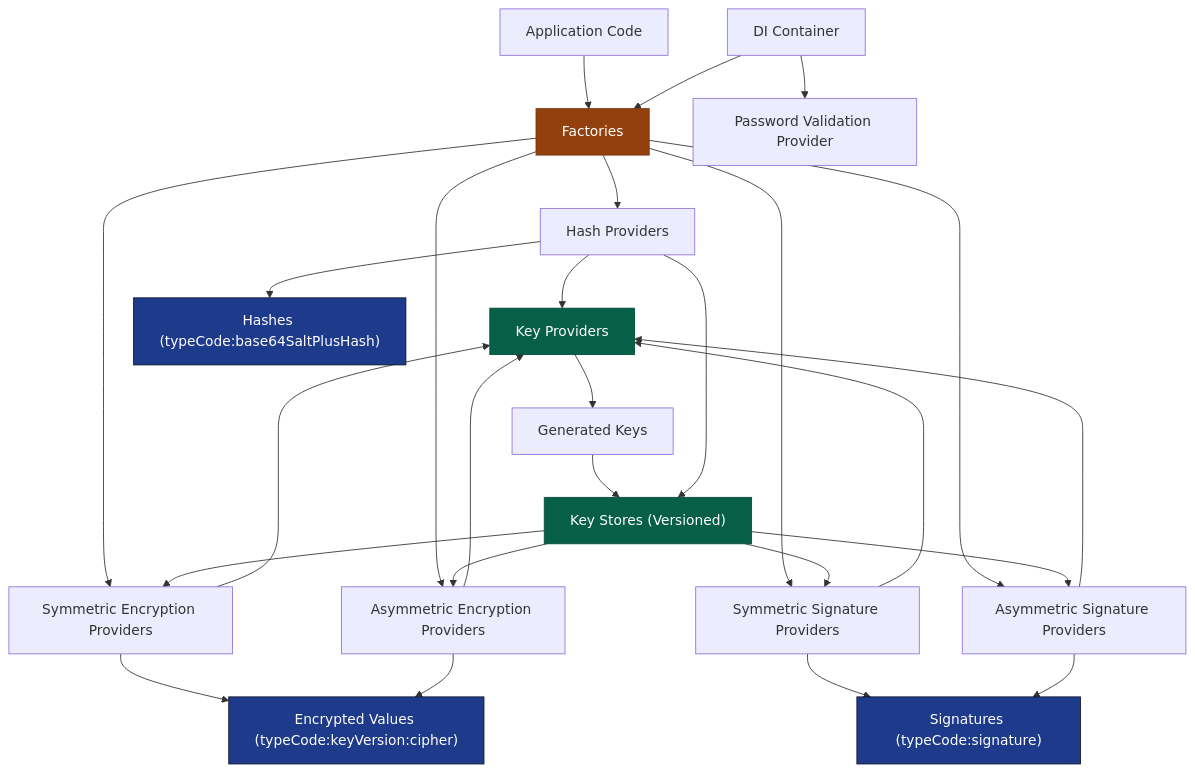
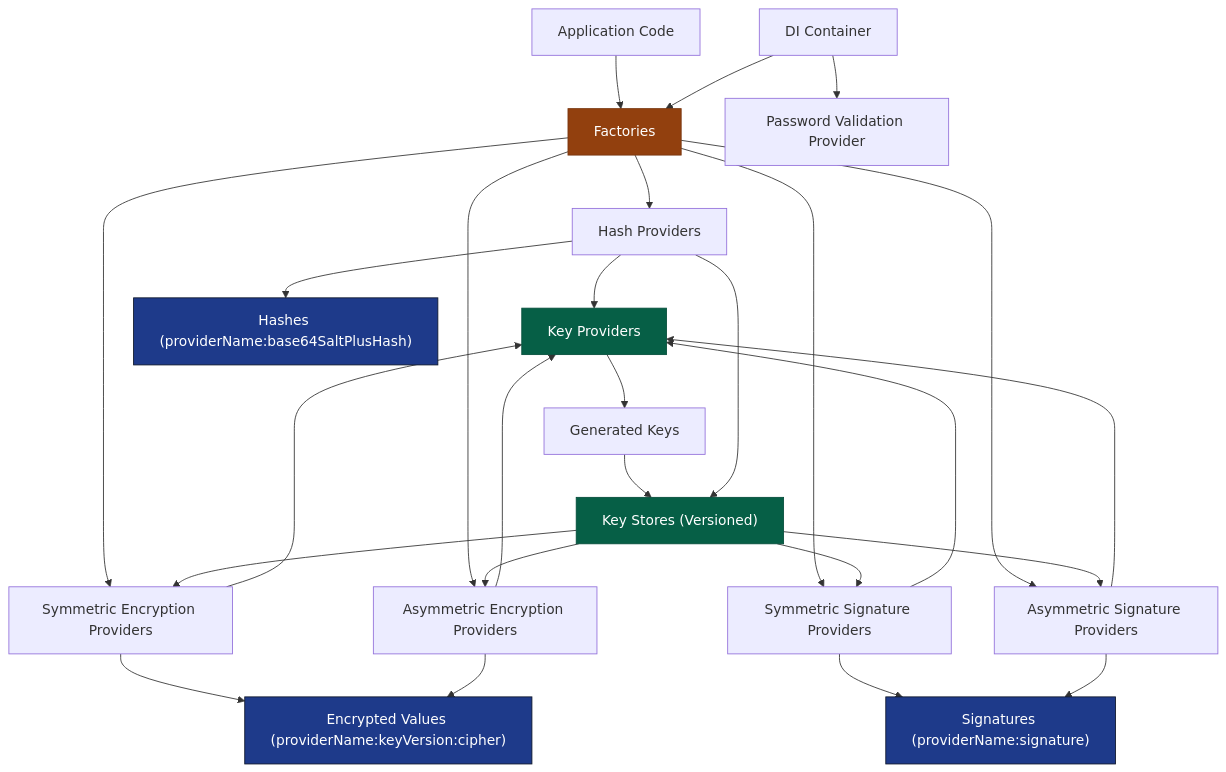
One commit to ultrabstrong/Corely.Security changed the diagram in Docs/index.md. Above: the diagram before and after it, drawn with Mermaid. The commit also changed other lines of this file and 53 other files, not shown here.

First line of the commit message:
Replace opaque type codes with human-readable ProviderName

````diff
--- a/Docs/index.md
+++ b/Docs/index.md
@@ -7,39 +7,39 @@
 ```mermaid
 graph TD
     A[Application Code] --> B[Factories]
     B --> C[Hash Providers]
     B --> D[Symmetric Encryption Providers]
     B --> E[Asymmetric Encryption Providers]
     B --> F[Symmetric Signature Providers]
     B --> G[Asymmetric Signature Providers]
 
     C --> H[Key Providers]
     D --> H
     E --> H
     F --> H
     G --> H
 
     H --> I[Generated Keys]
     I --> J["Key Stores (Versioned)"]
     J --> D
     J --> E
     J --> F
     J --> G
     C --> J
 
-    D --> K["Encrypted Values (typeCode:keyVersion:cipher)"]
+    D --> K["Encrypted Values (providerName:keyVersion:cipher)"]
     E --> K
-    F --> L["Signatures (typeCode:signature)"]
+    F --> L["Signatures (providerName:signature)"]
     G --> L
-    C --> M["Hashes (typeCode:base64SaltPlusHash)"]
+    C --> M["Hashes (providerName:base64SaltPlusHash)"]
 
     N[DI Container] --> B
     N --> O[Password Validation Provider]
 
     style K fill:#1e3a8a,stroke:#0f172a,color:#ffffff
     style L fill:#1e3a8a,stroke:#0f172a,color:#ffffff
     style M fill:#1e3a8a,stroke:#0f172a,color:#ffffff
     style J fill:#065f46,stroke:#064e3b,color:#ffffff
     style H fill:#065f46,stroke:#064e3b,color:#ffffff
     style B fill:#92400e,stroke:#78350f,color:#ffffff
 ```
````
